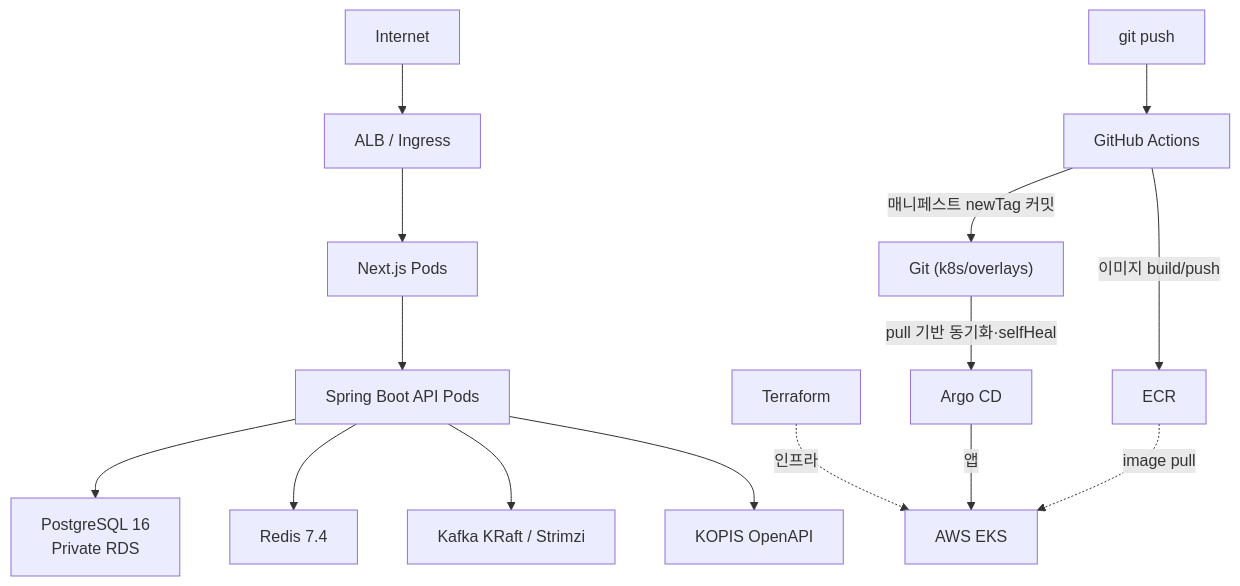
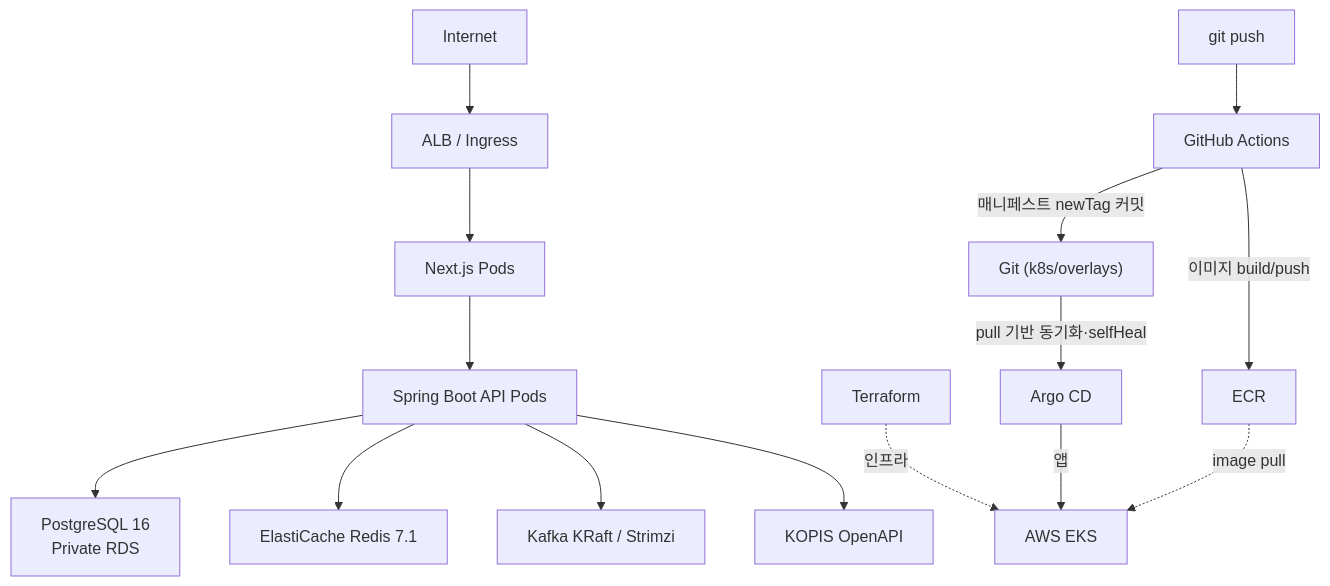
One commit to gumwoo/first_come-first_served changed the second of 3 diagrams in README.md. Above: the diagram before and after it, drawn with Mermaid. The commit also changed other lines of this file, not shown here.

````diff
--- a/README.md
+++ b/README.md
@@ -65,20 +88,20 @@
 ```mermaid
 flowchart TB
     Internet["Internet"] --> ALB["ALB / Ingress"]
     ALB --> Web["Next.js Pods"]
     Web --> API["Spring Boot API Pods"]
 
     API --> RDS["PostgreSQL 16\nPrivate RDS"]
-    API --> Redis["Redis 7.4"]
+    API --> Redis["ElastiCache Redis 7.1"]
     API --> Kafka["Kafka KRaft / Strimzi"]
     API --> KOPIS["KOPIS OpenAPI"]
 
     Terraform["Terraform"] -. 인프라 .-> EKS["AWS EKS"]
 
     Dev["git push"] --> CI["GitHub Actions"]
     CI -->|이미지 build/push| ECR["ECR"]
     CI -->|매니페스트 newTag 커밋| Git["Git (k8s/overlays)"]
     Git -->|pull 기반 동기화·selfHeal| Argo["Argo CD"]
     Argo -->|앱| EKS
     ECR -. image pull .-> EKS
 ```
````
